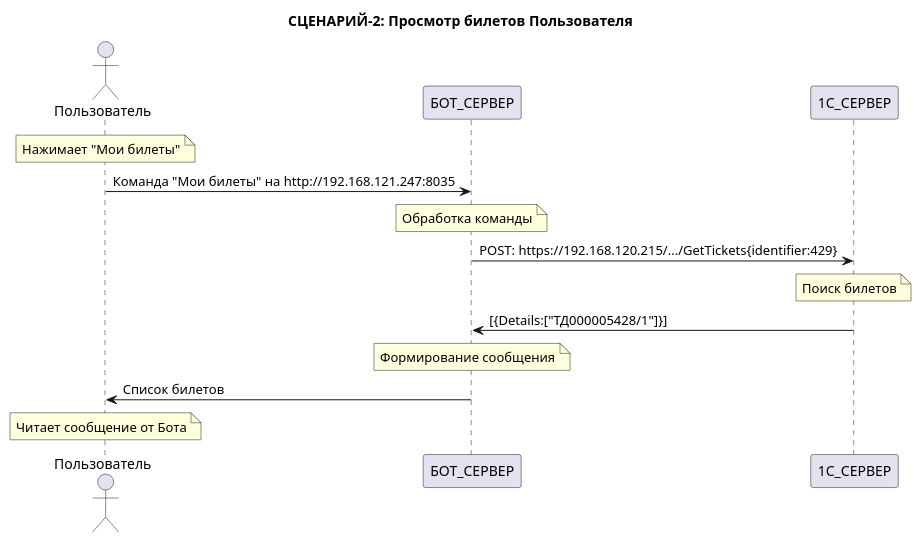
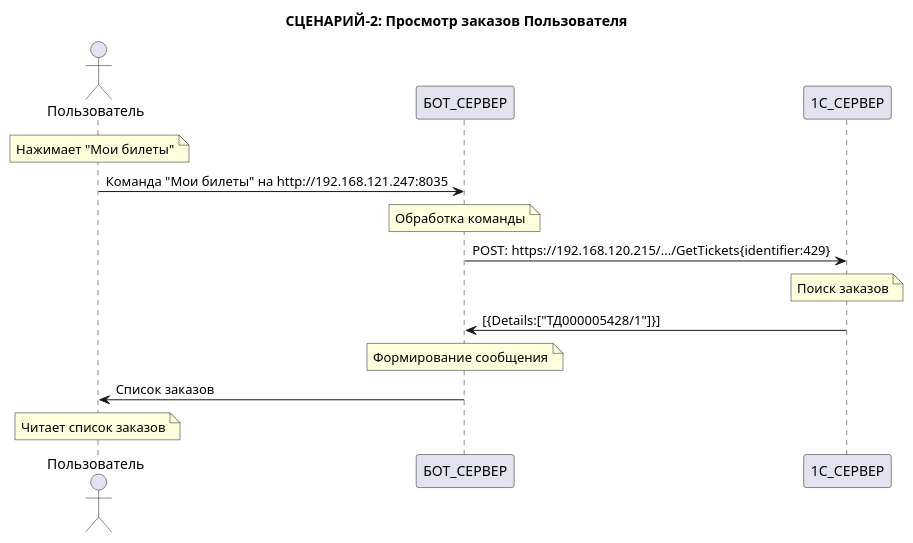
Before and after one commit to qwertukg/intant-bot: the second of 3 diagrams in README.md, drawn with PlantUML. The commit also changed other lines of this file and 2 other files, not shown here.

Commit message:
fixes promo text adds diagrams refactoring

````diff
--- a/README.md
+++ b/README.md
@@ -71,19 +81,19 @@
 ```plantuml
 @startuml
-title СЦЕНАРИЙ-2: Просмотр билетов Пользователя
+title СЦЕНАРИЙ-2: Просмотр заказов Пользователя
 
 actor Пользователь
 participant БОТ_СЕРВЕР
 participant 1С_СЕРВЕР
 
 note over Пользователь: Нажимает "Мои билеты"
 Пользователь -> БОТ_СЕРВЕР: Команда "Мои билеты" на http://192.168.121.247:8035
 note over БОТ_СЕРВЕР: Обработка команды
 БОТ_СЕРВЕР -> 1С_СЕРВЕР: POST: https://192.168.120.215/.../GetTickets{identifier:429}
-note over 1С_СЕРВЕР: Поиск билетов
+note over 1С_СЕРВЕР: Поиск заказов
 1С_СЕРВЕР -> БОТ_СЕРВЕР: [{Details:["ТД000005428/1"]}]
 note over БОТ_СЕРВЕР: Формирование сообщения 
-БОТ_СЕРВЕР -> Пользователь: Список билетов
-note over Пользователь: Читает сообщение от Бота
+БОТ_СЕРВЕР -> Пользователь: Список заказов
+note over Пользователь: Читает список заказов
 @enduml
 ```
````
